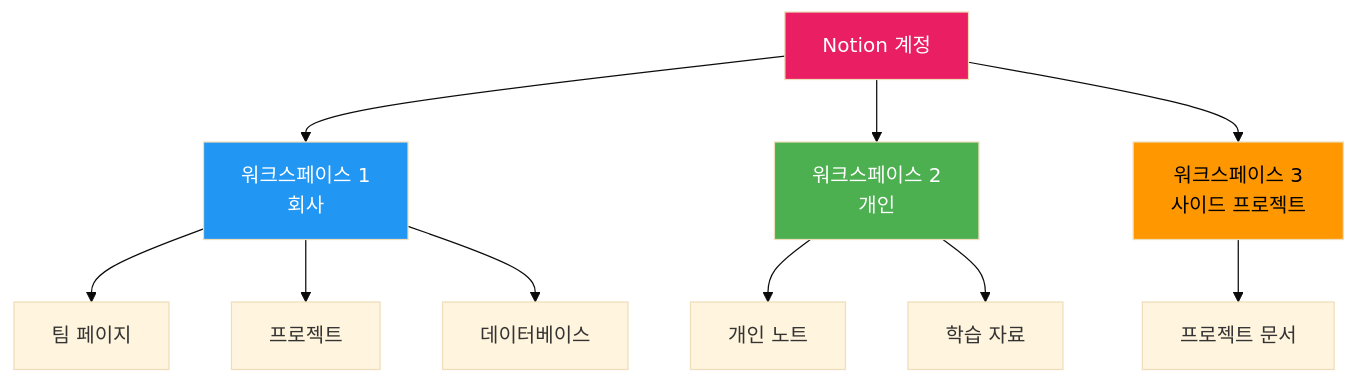
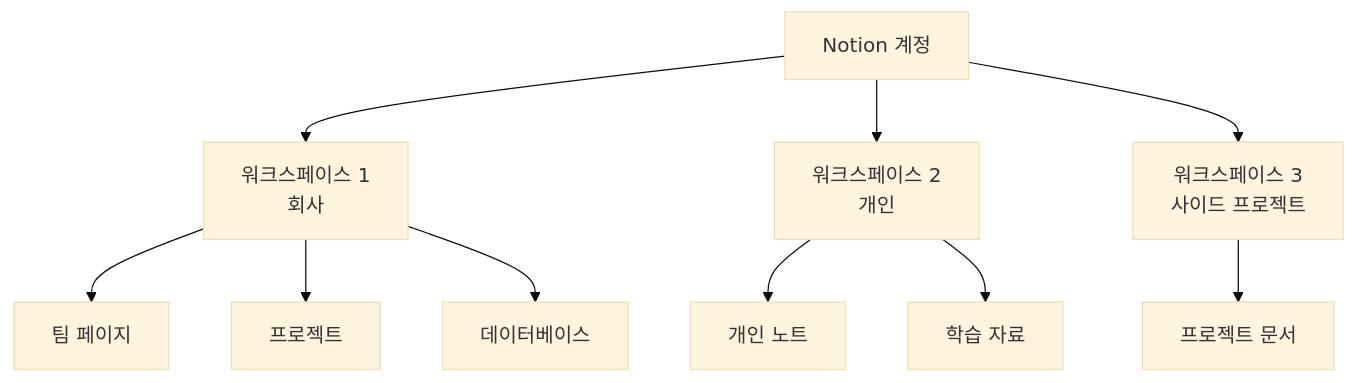
One commit to nugurejeil/weniVooks changed the first of 26 diagrams in _md/genai-notion/chapter07/07-1.md. Above: the diagram before and after it, drawn with Mermaid (base theme). The commit also changed other lines of this file and 187 other files, not shown here.

````diff
--- a/_md/genai-notion/chapter07/07-1.md
+++ b/_md/genai-notion/chapter07/07-1.md
@@ -13,20 +17,15 @@
 ```mermaid
 graph TD
     A[Notion 계정] --> B[워크스페이스 1<br/>회사]
     A --> C[워크스페이스 2<br/>개인]
     A --> D[워크스페이스 3<br/>사이드 프로젝트]
 
     B --> B1[팀 페이지]
     B --> B2[프로젝트]
     B --> B3[데이터베이스]
 
     C --> C1[개인 노트]
     C --> C2[학습 자료]
 
     D --> D1[프로젝트 문서]
-
-    style A fill:#E91E63,color:#fff
-    style B fill:#2196F3,color:#fff
-    style C fill:#4CAF50,color:#fff
-    style D fill:#FF9800,color:#000
 ```
````
